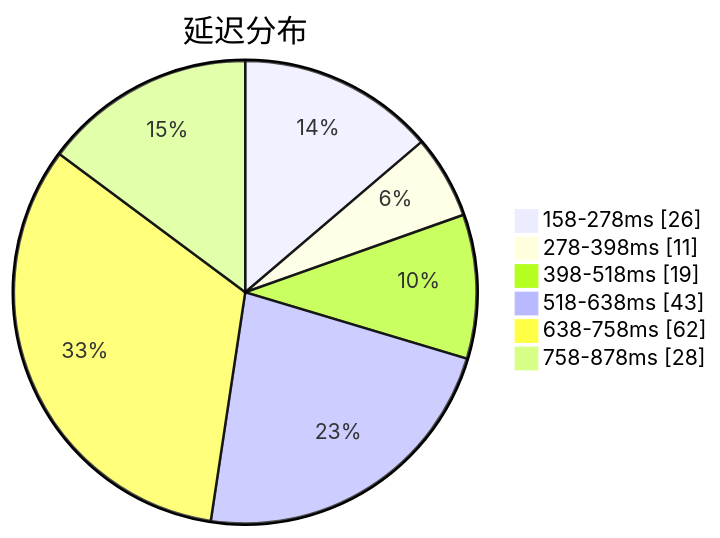
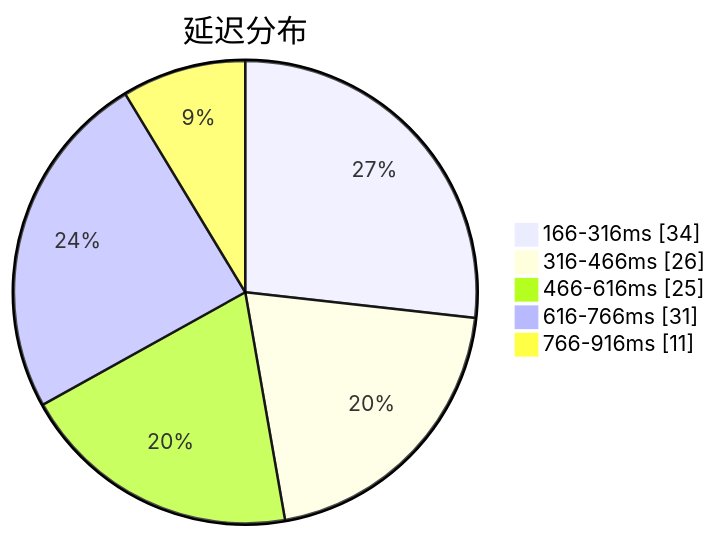
Before and after one commit to qjlxg/airport: the first of 3 diagrams in subs/statistics/tested_within.md, drawn with Mermaid. The commit also changed other lines of this file and 2 other files, not shown here.

````diff
--- a/subs/statistics/tested_within.md
+++ b/subs/statistics/tested_within.md
@@ -2,10 +2,9 @@
 ```mermaid
 pie showData
 title 延迟分布
-"158-278ms" : 26
-"278-398ms" : 11
-"398-518ms" : 19
-"518-638ms" : 43
-"638-758ms" : 62
-"758-878ms" : 28
+"166-316ms" : 34
+"316-466ms" : 26
+"466-616ms" : 25
+"616-766ms" : 31
+"766-916ms" : 11
 ```
````
